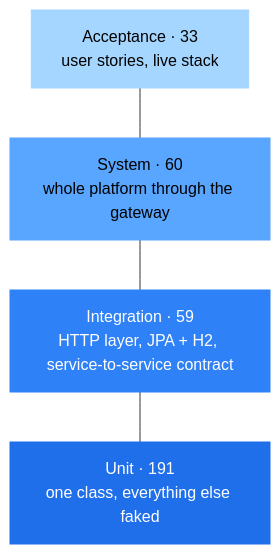
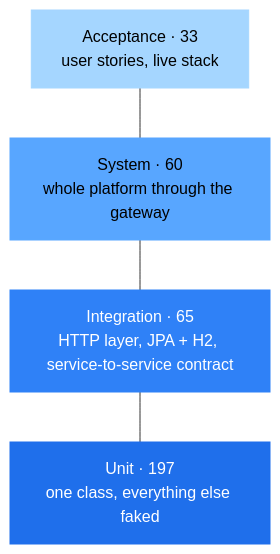
Before and after one commit to thaivanlam/Techzone-laptop-project: the diagram in docs/quality/test-plan.md, drawn with Mermaid. The commit also changed other lines of this file and 1 other file, not shown here.

````diff
--- a/docs/quality/test-plan.md
+++ b/docs/quality/test-plan.md
@@ -89,14 +89,14 @@
 ```mermaid
 flowchart TB
     A["Acceptance · 33<br/>user stories, live stack"]
     S["System · 60<br/>whole platform through the gateway"]
-    I["Integration · 59<br/>HTTP layer, JPA + H2, service-to-service contract"]
-    U["Unit · 191<br/>one class, everything else faked"]
+    I["Integration · 65<br/>HTTP layer, JPA + H2, service-to-service contract"]
+    U["Unit · 197<br/>one class, everything else faked"]
 
     A --- S --- I --- U
 
     style U fill:#1f6feb,stroke:#1f6feb,color:#fff
     style I fill:#2f81f7,stroke:#2f81f7,color:#fff
     style S fill:#58a6ff,stroke:#58a6ff,color:#000
     style A fill:#a5d6ff,stroke:#a5d6ff,color:#000
 ```
````
